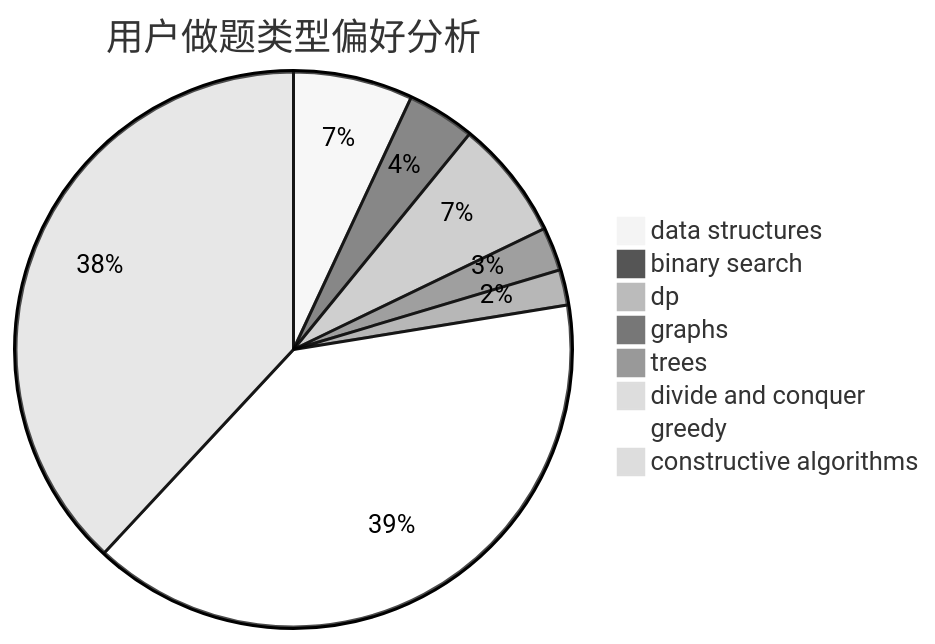
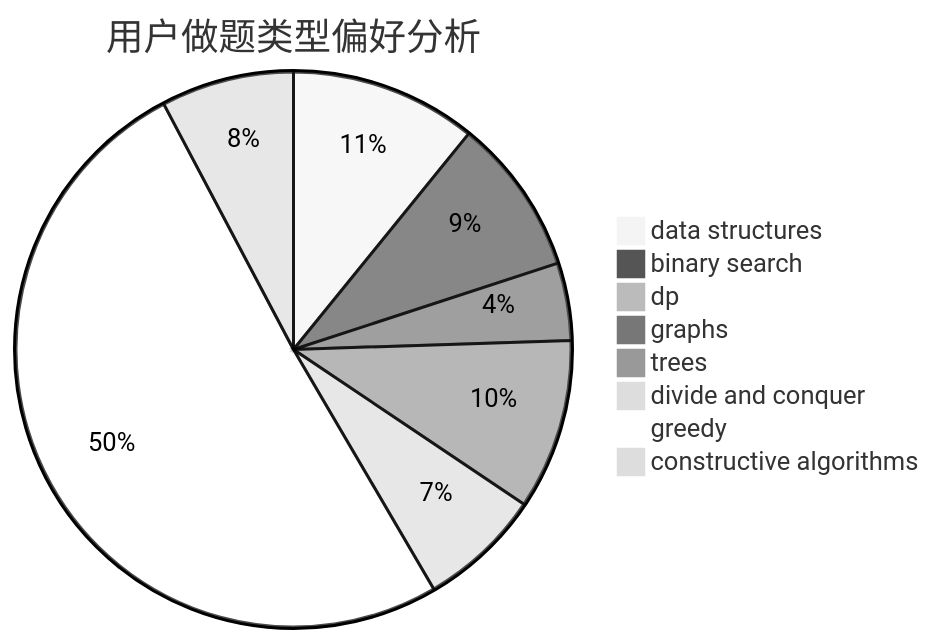
The second of 3 diagrams in docs/user/u1594.md (sherpahu/cfrs.github.io), drawn with Mermaid (neutral theme) before and after one commit. The commit also changed other lines of this file and 2770 other files, not shown here.

````diff
--- a/docs/user/u1594.md
+++ b/docs/user/u1594.md
@@ -23,11 +23,11 @@
 ```mermaid
 pie title 用户做题类型偏好分析
-    "data structures" :  44
-    "binary search" :  25
-    "dp" :  44
-    "graphs" :  16
-    "trees" :  13
-    "divide and conquer" :  1
-    "greedy" :  250
-    "constructive algorithms" :  241
+    "data structures" :  94
+    "binary search" :  79
+    "dp" :  7
+    "graphs" :  39
+    "trees" :  86
+    "divide and conquer" :  62
+    "greedy" :  439
+    "constructive algorithms" :  67
 ```
````
